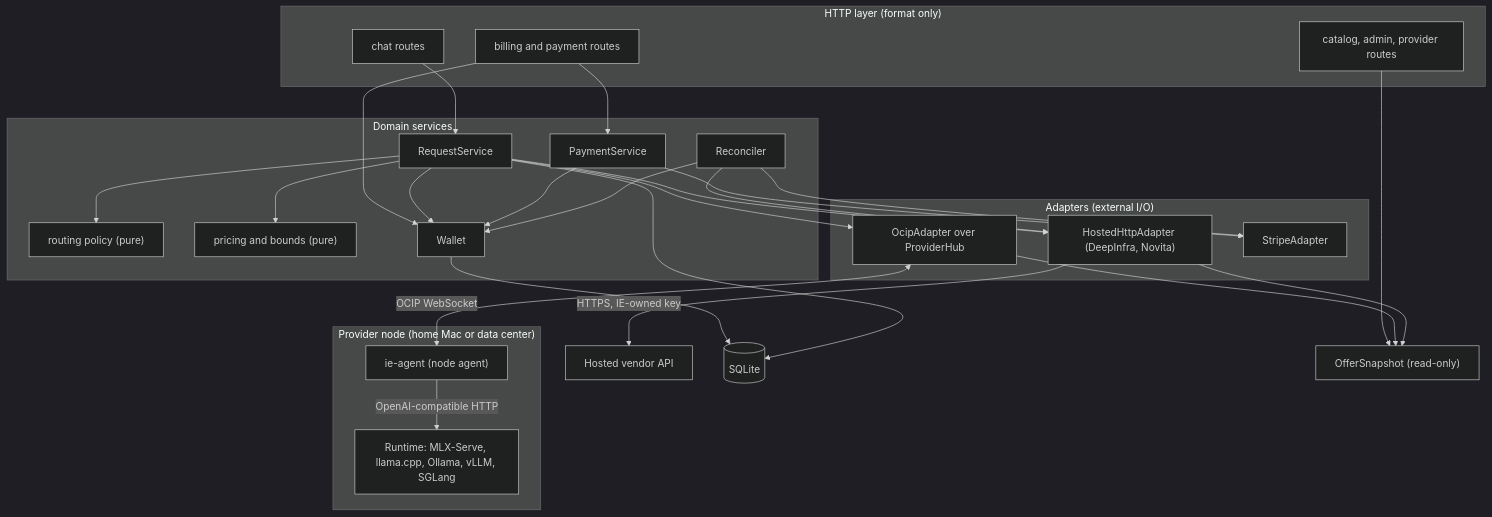
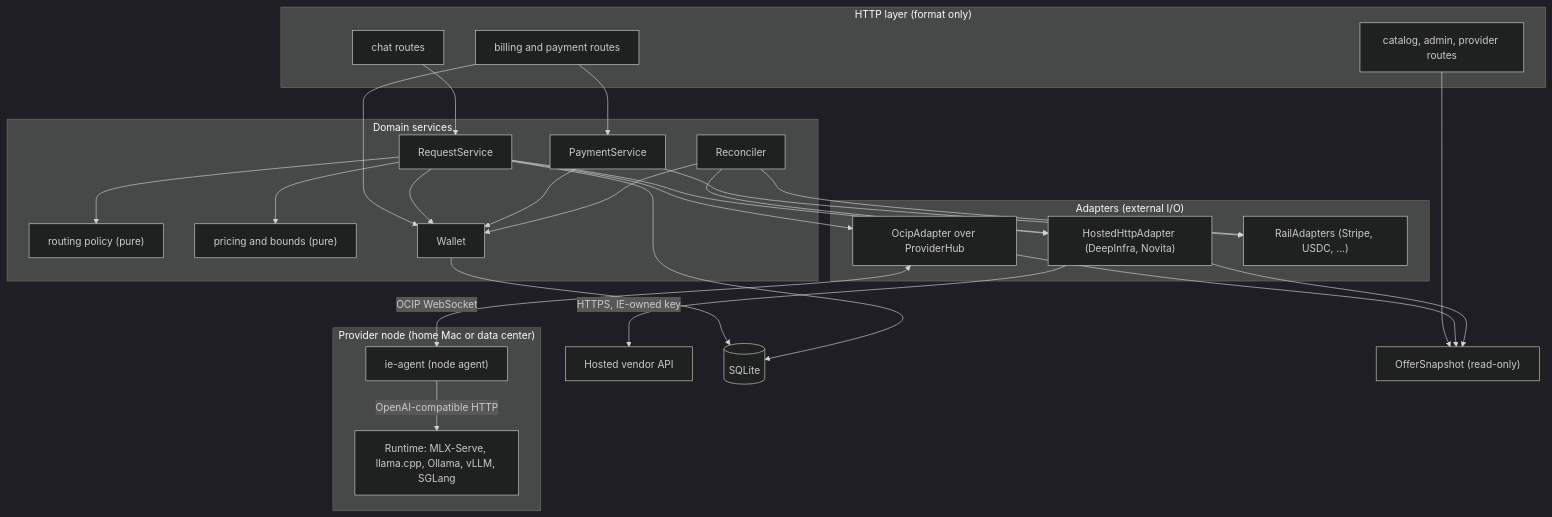
One commit to qzyu999/inference-exchange changed the second of 7 diagrams in docs/design/paid-path-architecture.md. Above: the diagram before and after it, drawn with Mermaid (dark theme). The commit also changed other lines of this file, not shown here.

Commit message:
docs: make paid-path payment rails agnostic (#305)

````diff
--- a/docs/design/paid-path-architecture.md
+++ b/docs/design/paid-path-architecture.md
@@ -55,48 +55,48 @@
 ```mermaid
 flowchart TD
     subgraph HTTP["HTTP layer (format only)"]
         ChatAPI["chat routes"]
         PayAPI["billing and payment routes"]
         ReadAPI["catalog, admin, provider routes"]
     end
     subgraph Core["Domain services"]
         RS["RequestService"]
         Policy["routing policy (pure)"]
         Pricing["pricing and bounds (pure)"]
         Wallet["Wallet"]
         Pay["PaymentService"]
         Recon["Reconciler"]
     end
     subgraph Adapters["Adapters (external I/O)"]
         OCIP["OcipAdapter over ProviderHub"]
         Hosted["HostedHttpAdapter (DeepInfra, Novita)"]
-        Stripe["StripeAdapter"]
+        Rails["RailAdapters (Stripe, USDC, ...)"]
     end
     subgraph Node["Provider node (home Mac or data center)"]
         Agent["ie-agent (node agent)"]
         RT["Runtime: MLX-Serve, llama.cpp, Ollama, vLLM, SGLang"]
     end
     Vendor["Hosted vendor API"]
     DB[("SQLite")]
     OCIP <-->|"OCIP WebSocket"| Agent
     Agent -->|"OpenAI-compatible HTTP"| RT
     Hosted -->|"HTTPS, IE-owned key"| Vendor
     ChatAPI --> RS
     PayAPI --> Pay
     PayAPI --> Wallet
     ReadAPI --> Snap["OfferSnapshot (read-only)"]
     RS --> Policy
     RS --> Pricing
     RS --> Wallet
     RS --> OCIP
     RS --> Hosted
     Pay --> Wallet
-    Pay --> Stripe
+    Pay --> Rails
     Recon --> Wallet
     Recon --> Hosted
-    Recon --> Stripe
+    Recon --> Rails
     OCIP --> Snap
     Hosted --> Snap
     Wallet --> DB
     RS --> DB
 ```
````
